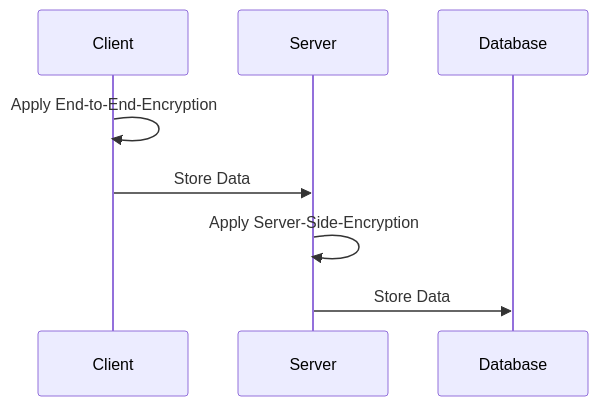
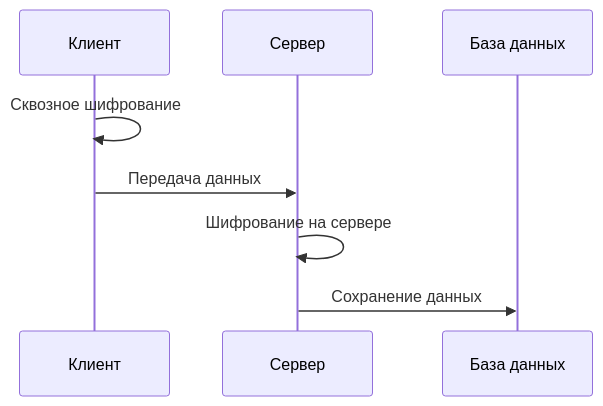
One commit to neijrr/nextcloud_passwords_handbook_ru changed the diagram in Users/Encryption.md. Above: the diagram before and after it, drawn with Mermaid. The commit also changed other lines of this file and 7 other files, not shown here.

````diff
--- a/Users/Encryption.md
+++ b/Users/Encryption.md
@@ -6,10 +6,10 @@
 ```mermaid
 sequenceDiagram
-    participant Client
-    participant Server
-    participant Database
-        Client->>Client: Apply End-to-End-Encryption
-    Client->>Server: Store Data
-        Server->>Server: Apply Server-Side-Encryption
-    Server->>Database: Store Data
+    participant Клиент
+    participant Сервер
+    participant База данных
+        Клиент->>Клиент: Сквозное шифрование
+    Клиент->>Сервер: Передача данных
+        Сервер->>Сервер: Шифрование на сервере
+    Сервер->>База данных: Сохранение данных
 ```
````
